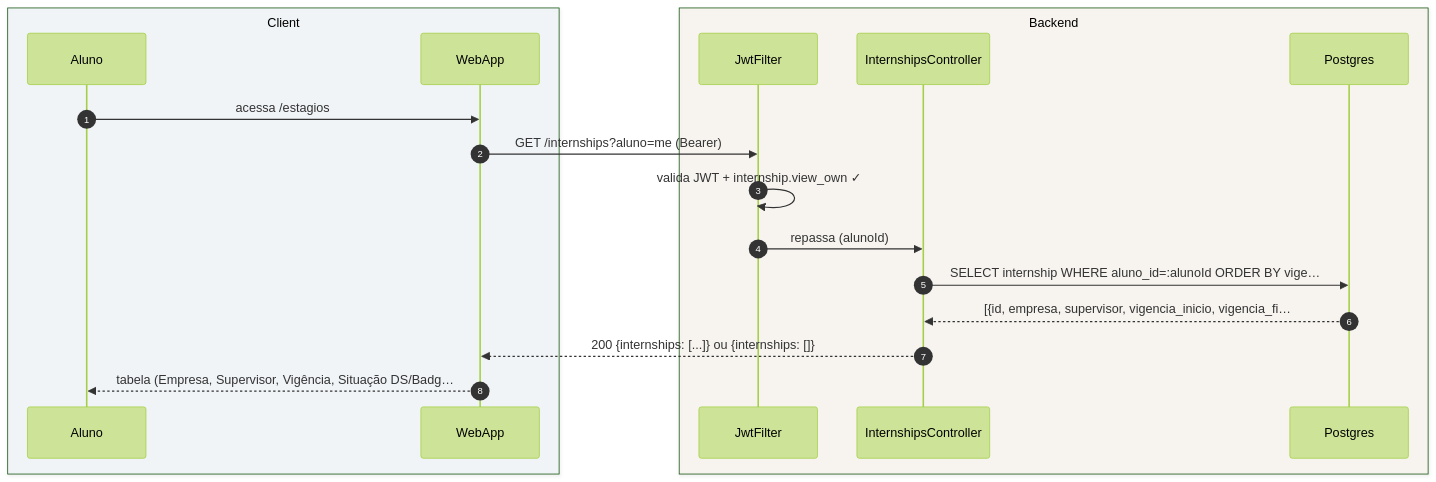
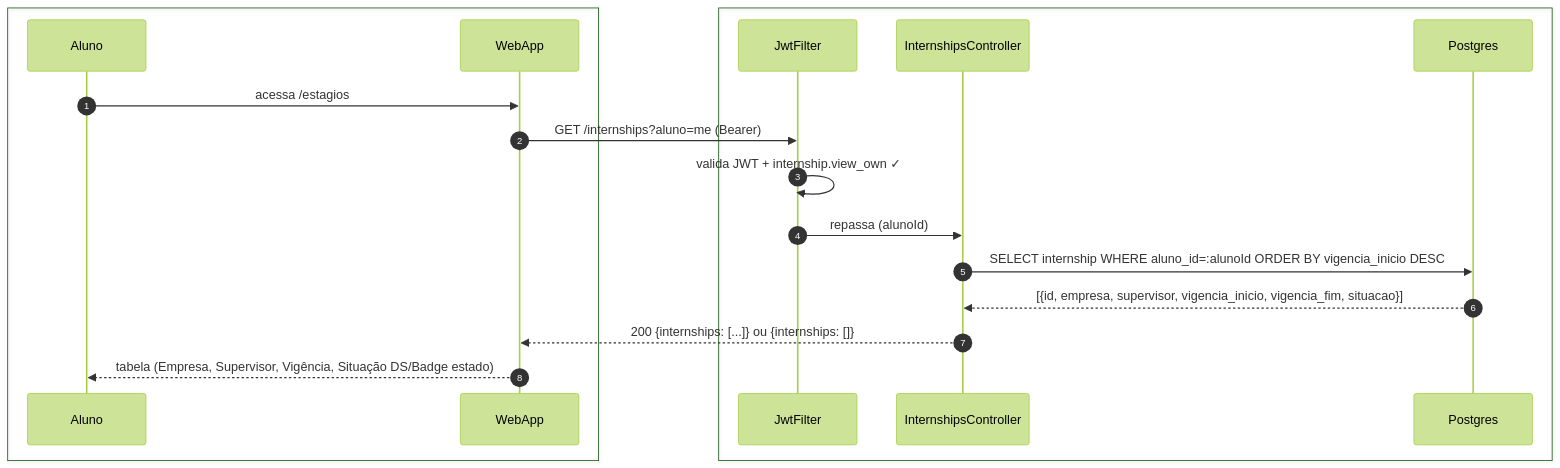
The first of 3 diagrams in foundationDocs/sequenceDiagrams/F1 — Aluno/US-F1-007-ESTAGIO.md (umishell/secretariaOnline2), drawn with Mermaid (forest theme) before and after one commit. The commit also changed other lines of this file and 70 other files, not shown here.

First line of the commit message:
Enhance database documentation and introduce new schema files

````diff
--- a/foundationDocs/sequenceDiagrams/F1 — Aluno/US-F1-007-ESTAGIO.md
+++ b/foundationDocs/sequenceDiagrams/F1 — Aluno/US-F1-007-ESTAGIO.md
@@ -48,22 +48,22 @@
 ```mermaid
 sequenceDiagram
     autonumber
-    box rgba(230,245,255,0.3) Client
+    box #e8f4fc Cliente
         participant Aluno
         participant WebApp
     end
-    box rgba(255,245,230,0.3) Backend
+    box #fff8ee Servidor
         participant JwtFilter
         participant InternshipsController
         participant Postgres
     end
 
     Aluno->>WebApp: acessa /estagios
     WebApp->>JwtFilter: GET /internships?aluno=me (Bearer)
     JwtFilter->>JwtFilter: valida JWT + internship.view_own ✓
     JwtFilter->>InternshipsController: repassa (alunoId)
-    InternshipsController->>Postgres: SELECT internship WHERE aluno_id=:alunoId ORDER BY vige…
-    Postgres-->>InternshipsController: [{id, empresa, supervisor, vigencia_inicio, vigencia_fi…
+    InternshipsController->>Postgres: SELECT internship WHERE aluno_id=:alunoId ORDER BY vigencia_inicio DESC
+    Postgres-->>InternshipsController: [{id, empresa, supervisor, vigencia_inicio, vigencia_fim, situacao}]
     InternshipsController-->>WebApp: 200 {internships: [...]} ou {internships: []}
-    WebApp-->>Aluno: tabela (Empresa, Supervisor, Vigência, Situação DS/Badg…
+    WebApp-->>Aluno: tabela (Empresa, Supervisor, Vigência, Situação DS/Badge estado)
 ```
````
